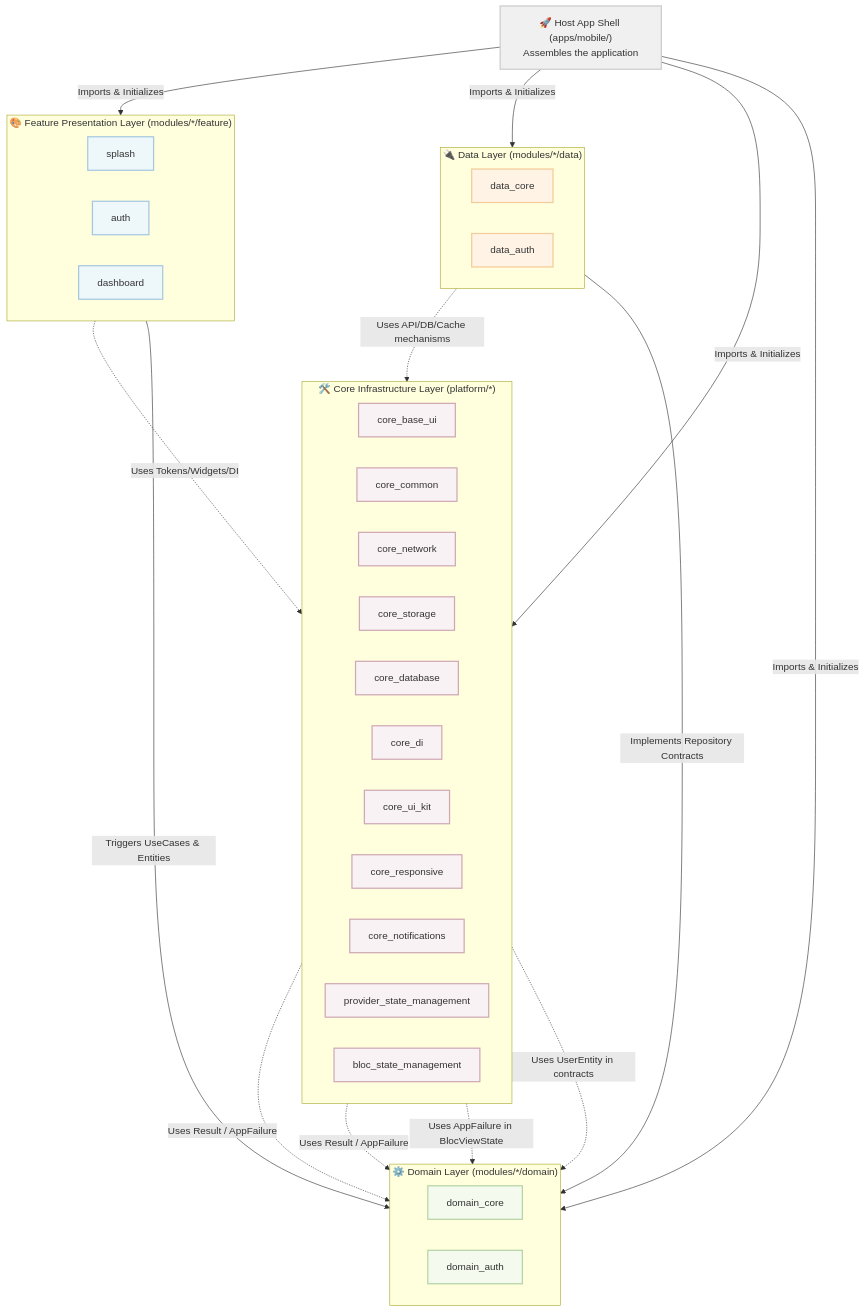
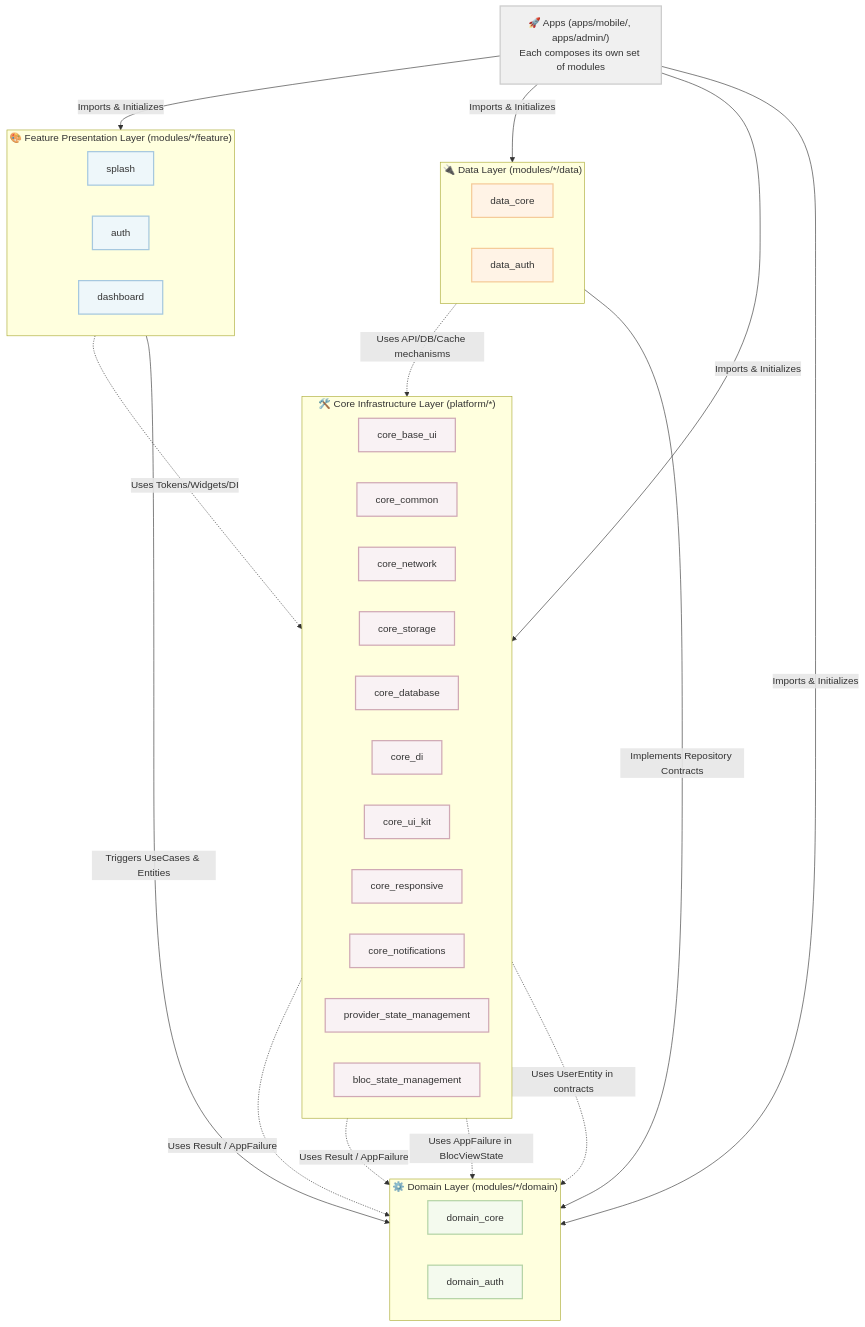
One commit to CaoGiaHieu-dev/flutter-monorepo-codebase changed the diagram in README.md. Above: the diagram before and after it, drawn with Mermaid. The commit also changed other lines of this file and 29 other files, not shown here.

````diff
--- a/README.md
+++ b/README.md
@@ -18,63 +18,63 @@
 ```mermaid
 graph TD
     classDef core fill:#f9f2f4,stroke:#d0a9b5,stroke-width:2px,color:#333;
     classDef feature fill:#eef7fa,stroke:#a6c8df,stroke-width:2px,color:#333;
     classDef domain fill:#f4faee,stroke:#b5d4a6,stroke-width:2px,color:#333;
     classDef data fill:#fff3e6,stroke:#f5cb99,stroke-width:2px,color:#333;
     classDef app fill:#f0f0f0,stroke:#cccccc,stroke-width:2px,color:#333;
 
-    App["🚀 Host App Shell (apps/mobile/)<br/>Assembles the application"]:::app
+    App["🚀 Apps (apps/mobile/, apps/admin/)<br/>Each composes its own set of modules"]:::app
 
     subgraph FeatureLayer ["🎨 Feature Presentation Layer (modules/*/feature)"]
         direction LR
         FeatSplash["splash"]:::feature
         FeatAuth["auth"]:::feature
         FeatDash["dashboard"]:::feature
     end
 
     subgraph DataLayer ["🔌 Data Layer (modules/*/data)"]
         direction LR
         DataCore["data_core"]:::data
         DataAuth["data_auth"]:::data
     end
 
     subgraph DomainLayer ["⚙️ Domain Layer (modules/*/domain)"]
         direction LR
         DomCore["domain_core"]:::domain
         DomAuth["domain_auth"]:::domain
     end
 
     subgraph CoreLayer ["🛠️ Core Infrastructure Layer (platform/*)"]
         direction LR
         CoreUI["core_base_ui"]:::core
         CoreCom["core_common"]:::core
         CoreNet["core_network"]:::core
         CoreStore["core_storage"]:::core
         CoreDB["core_database"]:::core
         CoreDI["core_di"]:::core
         CoreKit["core_ui_kit"]:::core
         CoreResp["core_responsive"]:::core
         CoreNotif["core_notifications"]:::core
         CoreProv["provider_state_management"]:::core
         CoreBloc["bloc_state_management"]:::core
     end
 
     %% Cross-layer Relationships
     App -->|"Imports & Initializes"| FeatureLayer
     App -->|"Imports & Initializes"| DataLayer
     App -->|"Imports & Initializes"| DomainLayer
     App -->|"Imports & Initializes"| CoreLayer
 
     FeatureLayer -->|"Triggers UseCases & Entities"| DomainLayer
     DataLayer -->|"Implements Repository Contracts"| DomainLayer
 
     FeatureLayer -.->|"Uses Tokens/Widgets/DI"| CoreLayer
     DataLayer -.->|"Uses API/DB/Cache mechanisms"| CoreLayer
 
     %% Domain sits at the centre and depends on NOTHING.
     %% Core may depend on Domain — never the reverse.
     CoreCom -.->|"Uses Result / AppFailure"| DomCore
     CoreProv -.->|"Uses Result / AppFailure"| DomCore
     CoreBloc -.->|"Uses AppFailure in BlocViewState"| DomCore
     CoreDI -.->|"Uses UserEntity in contracts"| DomAuth
 ```
````
